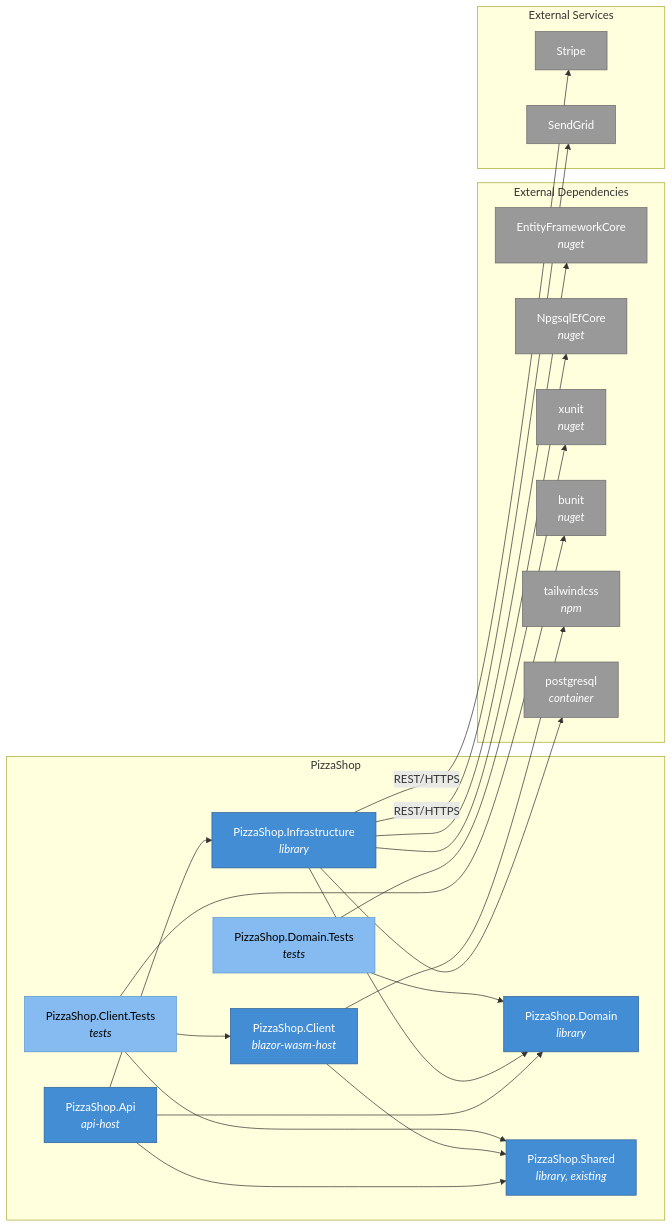
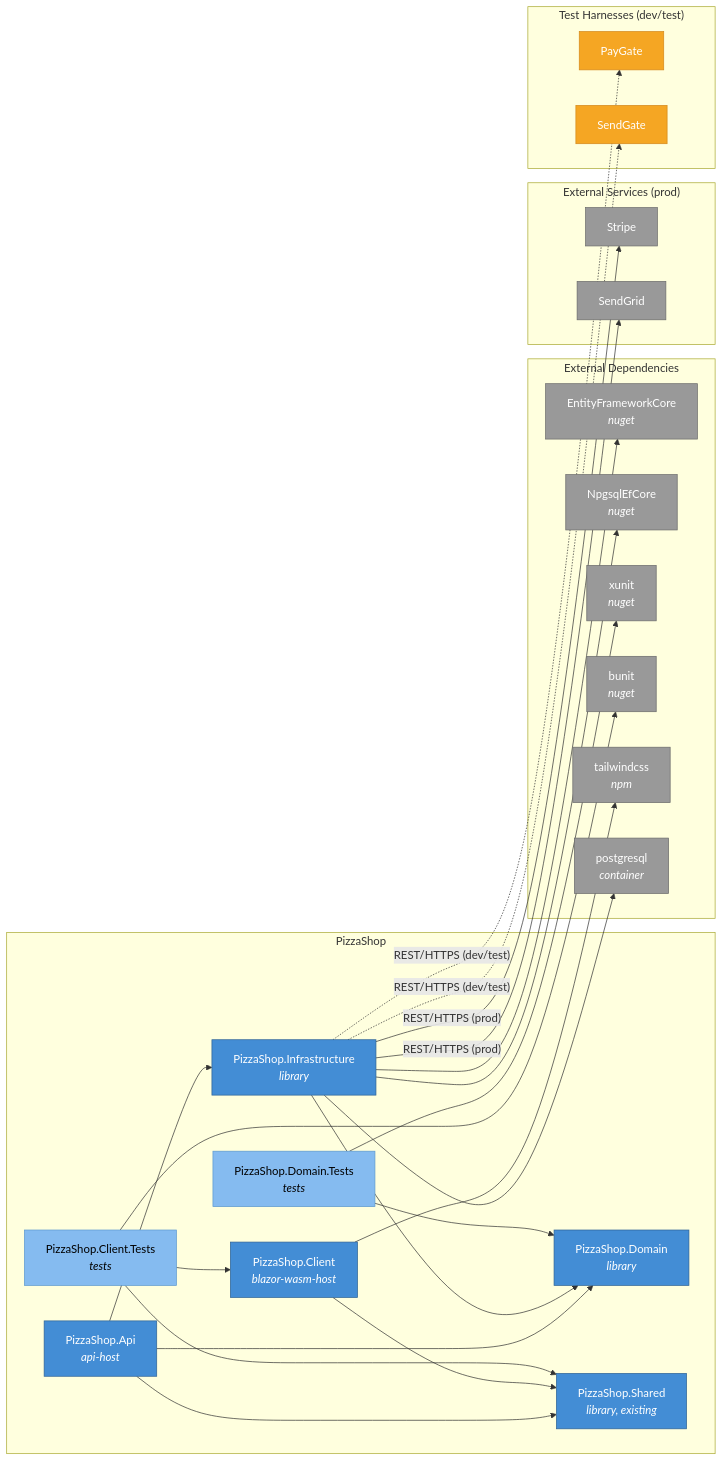
The sixth of 13 diagrams in src/MCPServer/DotNet/Docs/Specs/PizzaShop.spec.md (Realization-Engine/spec-chat), drawn with Mermaid before and after one commit. The commit also changed other lines of this file and 3 other files, not shown here.

First line of the commit message:
Add PayGate and SendGate subsystem specs and manifest refs

````diff
--- a/src/MCPServer/DotNet/Docs/Specs/PizzaShop.spec.md
+++ b/src/MCPServer/DotNet/Docs/Specs/PizzaShop.spec.md
@@ -1048,47 +1135,55 @@
 ```mermaid
 flowchart LR
     classDef authored fill:#438DD5,stroke:#2E6295,color:#fff
     classDef consumed fill:#999999,stroke:#6B6B6B,color:#fff
     classDef tests fill:#85BBF0,stroke:#5D99CF,color:#000
+    classDef harness fill:#F5A623,stroke:#D4891C,color:#fff
 
     subgraph PizzaShop["PizzaShop"]
         Api["PizzaShop.Api<br/><i>api-host</i>"]:::authored
         Client["PizzaShop.Client<br/><i>blazor-wasm-host</i>"]:::authored
         Domain["PizzaShop.Domain<br/><i>library</i>"]:::authored
         Infra["PizzaShop.Infrastructure<br/><i>library</i>"]:::authored
         Shared["PizzaShop.Shared<br/><i>library, existing</i>"]:::authored
         DTests["PizzaShop.Domain.Tests<br/><i>tests</i>"]:::tests
         CTests["PizzaShop.Client.Tests<br/><i>tests</i>"]:::tests
     end
 
     subgraph External["External Dependencies"]
         EF["EntityFrameworkCore<br/><i>nuget</i>"]:::consumed
         Npgsql["NpgsqlEfCore<br/><i>nuget</i>"]:::consumed
         XUnit["xunit<br/><i>nuget</i>"]:::consumed
         BUnit["bunit<br/><i>nuget</i>"]:::consumed
         TW["tailwindcss<br/><i>npm</i>"]:::consumed
         PG["postgresql<br/><i>container</i>"]:::consumed
     end
 
-    subgraph ExtSvc["External Services"]
+    subgraph ExtSvc["External Services (prod)"]
         Stripe["Stripe"]:::consumed
         SendGrid["SendGrid"]:::consumed
+    end
+
+    subgraph TestSvc["Test Harnesses (dev/test)"]
+        PayGate["PayGate"]:::harness
+        SendGate["SendGate"]:::harness
     end
 
     Api --> Domain
     Api --> Infra
     Api --> Shared
     Client --> Shared
     Client --> TW
     Infra --> Domain
     Infra --> EF
     Infra --> Npgsql
     Infra --> PG
-    Infra -->|"REST/HTTPS"| Stripe
-    Infra -->|"REST/HTTPS"| SendGrid
+    Infra -->|"REST/HTTPS (prod)"| Stripe
+    Infra -->|"REST/HTTPS (prod)"| SendGrid
+    Infra -.->|"REST/HTTPS (dev/test)"| PayGate
+    Infra -.->|"REST/HTTPS (dev/test)"| SendGate
     DTests --> Domain
     DTests --> XUnit
     CTests --> Client
     CTests --> BUnit
     CTests --> Shared
 ```
````
